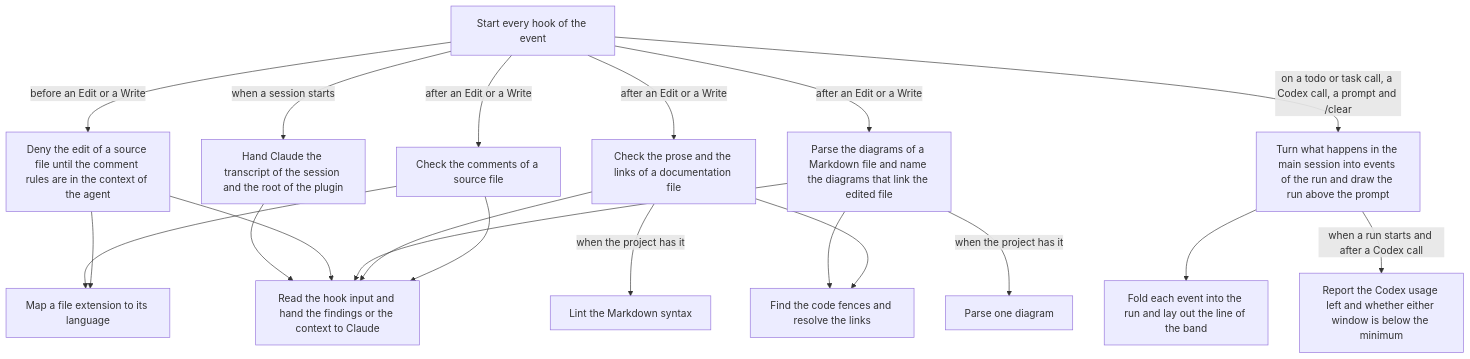
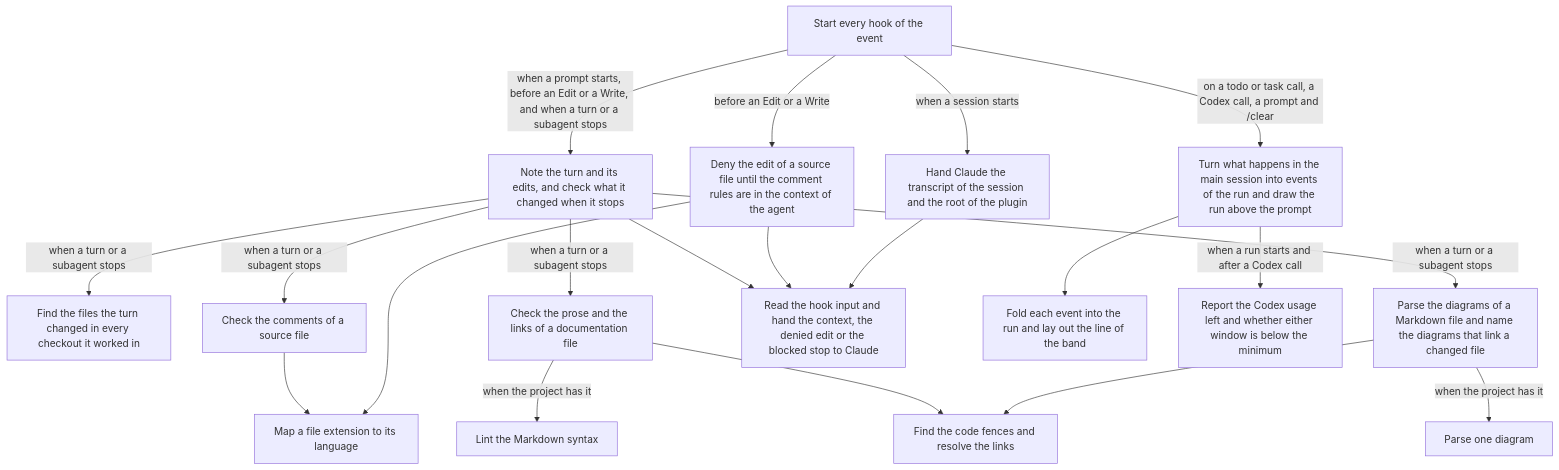
One commit to renefatuaki/skills changed the diagram in hooks/README.md. Above: the diagram before and after it, drawn with Mermaid. The commit also changed other lines of this file and 20 other files, not shown here.

First line of the commit message:
feat(hooks): check the files of a turn when it stops instead of after each edit (#17)

````diff
--- a/hooks/README.md
+++ b/hooks/README.md
@@ -5,24 +5,24 @@
 ```mermaid
 flowchart TD
-  accTitle: What happens when a session starts, before and after Claude edits a file, and while Claude works through a todo list?
+  accTitle: What happens when a session starts, while a turn runs, and while Claude works through a todo list?
   hooksJson["Start every hook of the event"]
   hooksJson -->|"when a session starts"| sessionContext["Hand Claude the transcript of the session and the root of the plugin"]
   hooksJson -->|"before an Edit or a Write"| loadCommentRules["Deny the edit of a source file until the comment rules are in the context of the agent"]
-  hooksJson -->|"after an Edit or a Write"| checkComments["Check the comments of a source file"]
-  hooksJson -->|"after an Edit or a Write"| checkDocs["Check the prose and the links of a documentation file"]
-  hooksJson -->|"after an Edit or a Write"| checkDiagrams["Parse the diagrams of a Markdown file and name the diagrams that link the edited file"]
+  hooksJson -->|"when a prompt starts, before an Edit or a Write, and when a turn or a subagent stops"| checkTurn["Note the turn and its edits, and check what it changed when it stops"]
   hooksJson -->|"on a todo or task call, a Codex call, a prompt and /clear"| progress["Turn what happens in the main session into events of the run and draw the run above the prompt"]
-  checkDocs -->|"when the project has it"| markdownlint["Lint the Markdown syntax"]
-  checkDiagrams -->|"when the project has it"| mermaid["Parse one diagram"]
-  checkDocs --> markdown["Find the code fences and resolve the links"]
-  checkDiagrams --> markdown
-  checkComments --> hook["Read the hook input and hand the findings or the context to Claude"]
-  checkDocs --> hook
-  checkDiagrams --> hook
-  loadCommentRules --> languages["Map a file extension to its language"]
-  checkComments --> languages
+  checkTurn -->|"when a turn or a subagent stops"| changes["Find the files the turn changed in every checkout it worked in"]
+  checkTurn -->|"when a turn or a subagent stops"| comments["Check the comments of a source file"]
+  checkTurn -->|"when a turn or a subagent stops"| docs["Check the prose and the links of a documentation file"]
+  checkTurn -->|"when a turn or a subagent stops"| diagrams["Parse the diagrams of a Markdown file and name the diagrams that link a changed file"]
+  docs -->|"when the project has it"| markdownlint["Lint the Markdown syntax"]
+  diagrams -->|"when the project has it"| mermaid["Parse one diagram"]
+  docs --> markdown["Find the code fences and resolve the links"]
+  diagrams --> markdown
+  comments --> languages["Map a file extension to its language"]
+  loadCommentRules --> languages
+  checkTurn --> hook["Read the hook input and hand the context, the denied edit or the blocked stop to Claude"]
   loadCommentRules --> hook
   sessionContext --> hook
   progress --> run["Fold each event into the run and lay out the line of the band"]
   progress -->|"when a run starts and after a Codex call"| codexModel["Report the Codex usage left and whether either window is below the minimum"]
 ```
````
